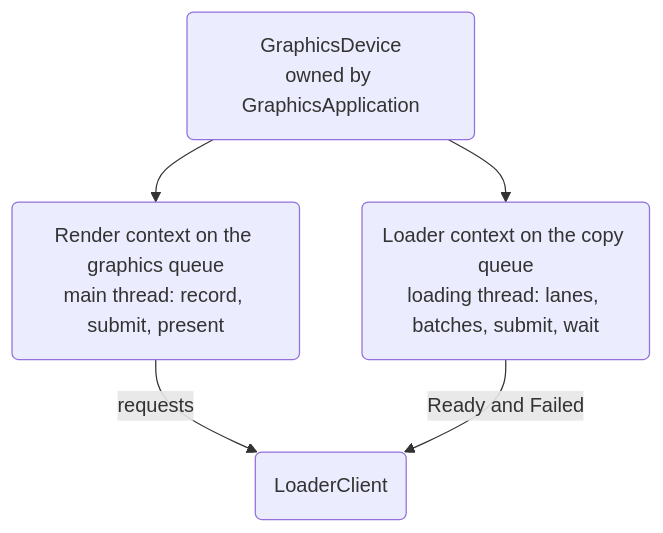
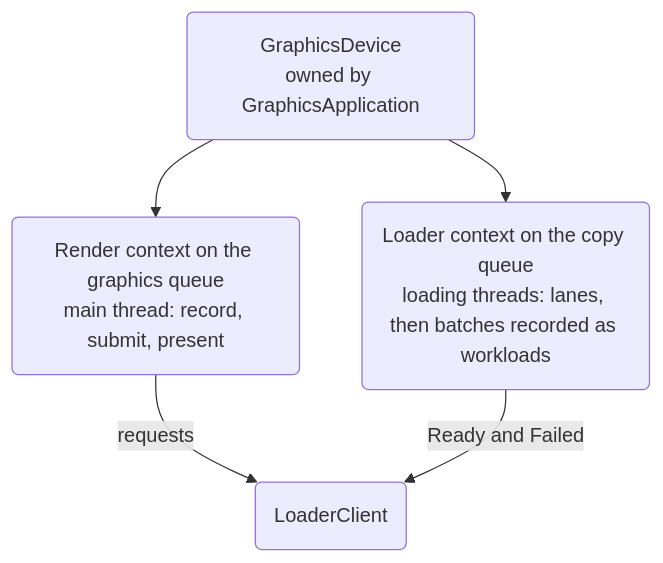
The first of 3 diagrams in docs/develop/rendering/loading.mdx (Game-Tek/Byte-Engine), drawn with Mermaid before and after one commit. The commit also changed other lines of this file and 105 other files, not shown here.

````diff
--- a/docs/develop/rendering/loading.mdx
+++ b/docs/develop/rendering/loading.mdx
@@ -35,8 +35,8 @@
 ```mermaid
 flowchart TD
   device("GraphicsDevice<br/>owned by GraphicsApplication")
   device --> render("Render context on the graphics queue<br/>main thread: record, submit, present")
-  device --> loader("Loader context on the copy queue<br/>loading thread: lanes, batches, submit, wait")
+  device --> loader("Loader context on the copy queue<br/>loading threads: lanes, then batches recorded as workloads")
   render -- requests --> client("LoaderClient")
   loader -- Ready and Failed --> client
 ```
````
